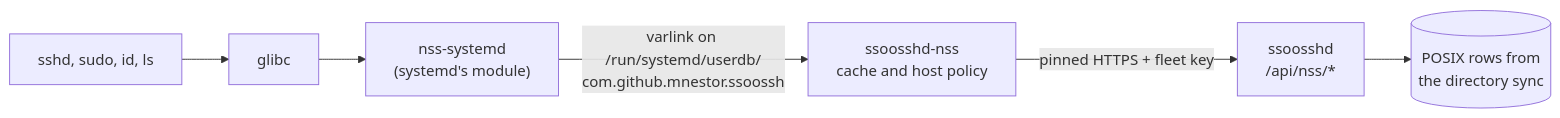
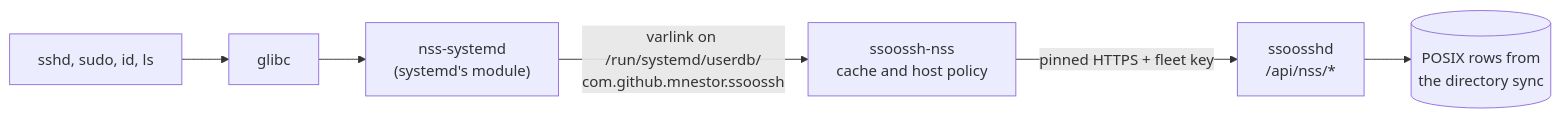
One commit to mnestor/ssoossh changed the diagram in user-docs/src/content/docs/hosts/nss.md. Above: the diagram before and after it, drawn with Mermaid. The commit also changed other lines of this file and 111 other files, not shown here.

````diff
--- a/user-docs/src/content/docs/hosts/nss.md
+++ b/user-docs/src/content/docs/hosts/nss.md
@@ -29,19 +29,19 @@
 ```mermaid
 flowchart LR
-    accTitle: How a host resolves a directory user through ssoosshd-nss
+    accTitle: How a host resolves a directory user through ssoossh-nss
     accDescr {
       A process on the host, such as sshd, sudo or ls, calls glibc, which
       loads nss-systemd, the NSS module systemd ships. nss-systemd queries
       every socket in /run/systemd/userdb/, among them
-      com.github.mnestor.ssoossh, which systemd holds for ssoosshd-nss. The
+      com.github.mnestor.ssoossh, which systemd holds for ssoossh-nss. The
       daemon answers from its cache when it can and otherwise asks ssoosshd
       over HTTPS, pinned to a private CA or a public key and authenticated by
       the fleet key. ssoosshd answers from the POSIX rows its directory sync
       keeps.
     }
     Caller["sshd, sudo, id, ls"] --> Glibc["glibc"]
     Glibc --> Mod["nss-systemd<br/>(systemd's module)"]
-    Mod -->|"varlink on /run/systemd/userdb/<br/>com.github.mnestor.ssoossh"| Daemon["ssoosshd-nss<br/>cache and host policy"]
+    Mod -->|"varlink on /run/systemd/userdb/<br/>com.github.mnestor.ssoossh"| Daemon["ssoossh-nss<br/>cache and host policy"]
     Daemon -->|"pinned HTTPS + fleet key"| Server["ssoosshd<br/>/api/nss/*"]
     Server --> Dir[("POSIX rows from<br/>the directory sync")]
 ```
````
